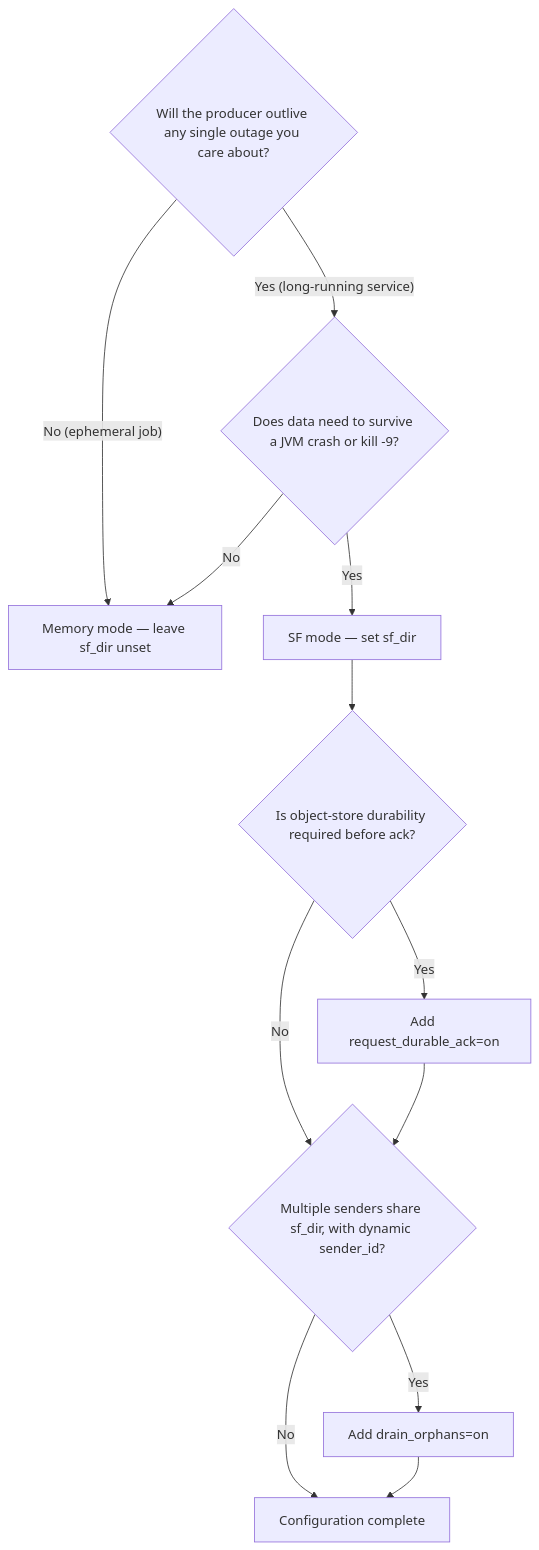
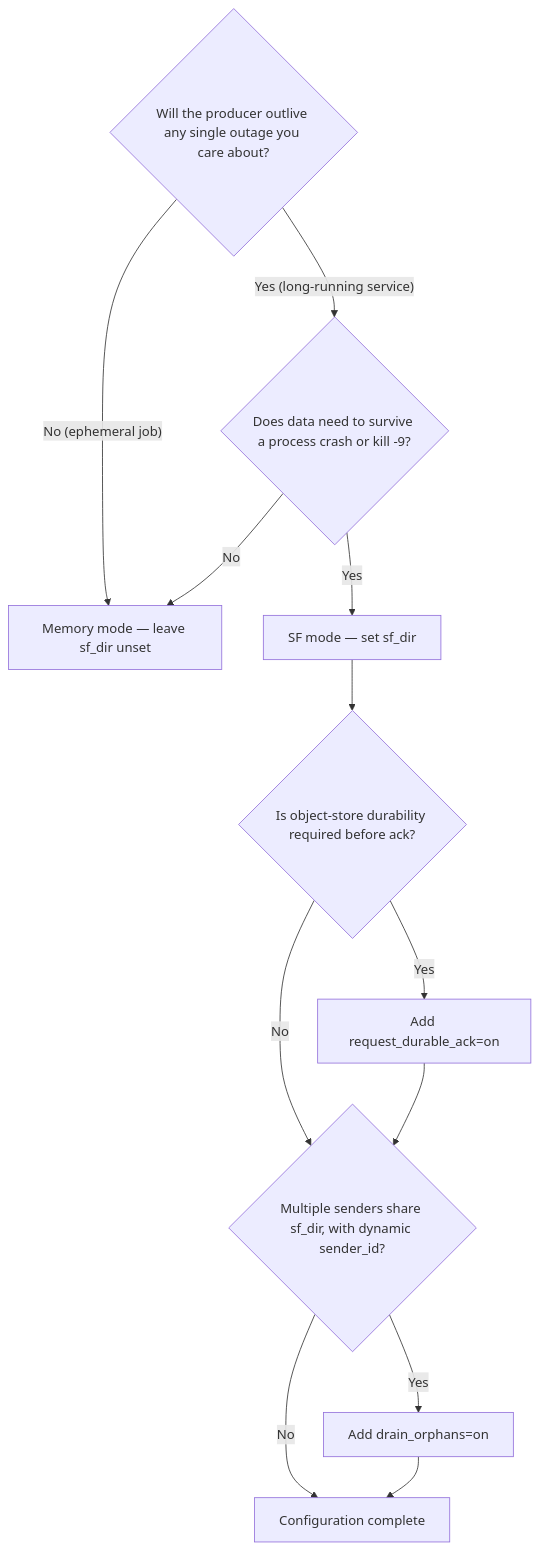
Before and after one commit to questdb/documentation: the diagram in documentation/high-availability/store-and-forward/when-to-use.md, drawn with Mermaid. The commit also changed other lines of this file and 9 other files, not shown here.

````diff
--- a/documentation/high-availability/store-and-forward/when-to-use.md
+++ b/documentation/high-availability/store-and-forward/when-to-use.md
@@ -196,19 +189,19 @@
 ```mermaid
 graph TD
     Q1{Will the producer outlive any single outage you care about?}
-    Q2{Does data need to survive a JVM crash or kill -9?}
+    Q2{Does data need to survive a process crash or kill -9?}
     Q3{Is object-store durability required before ack?}
     Q4{Multiple senders share sf_dir, with dynamic sender_id?}
 
     Q1 -->|"No (ephemeral job)"| Memory[Memory mode — leave sf_dir unset]
     Q1 -->|"Yes (long-running service)"| Q2
     Q2 -->|No| Memory
     Q2 -->|Yes| SF[SF mode — set sf_dir]
     SF --> Q3
     Q3 -->|Yes| Durable[Add request_durable_ack=on]
     Q3 -->|No| Q4
     Durable --> Q4
     Q4 -->|Yes| Orphans[Add drain_orphans=on]
     Q4 -->|No| Done[Configuration complete]
     Orphans --> Done
 ```
````
